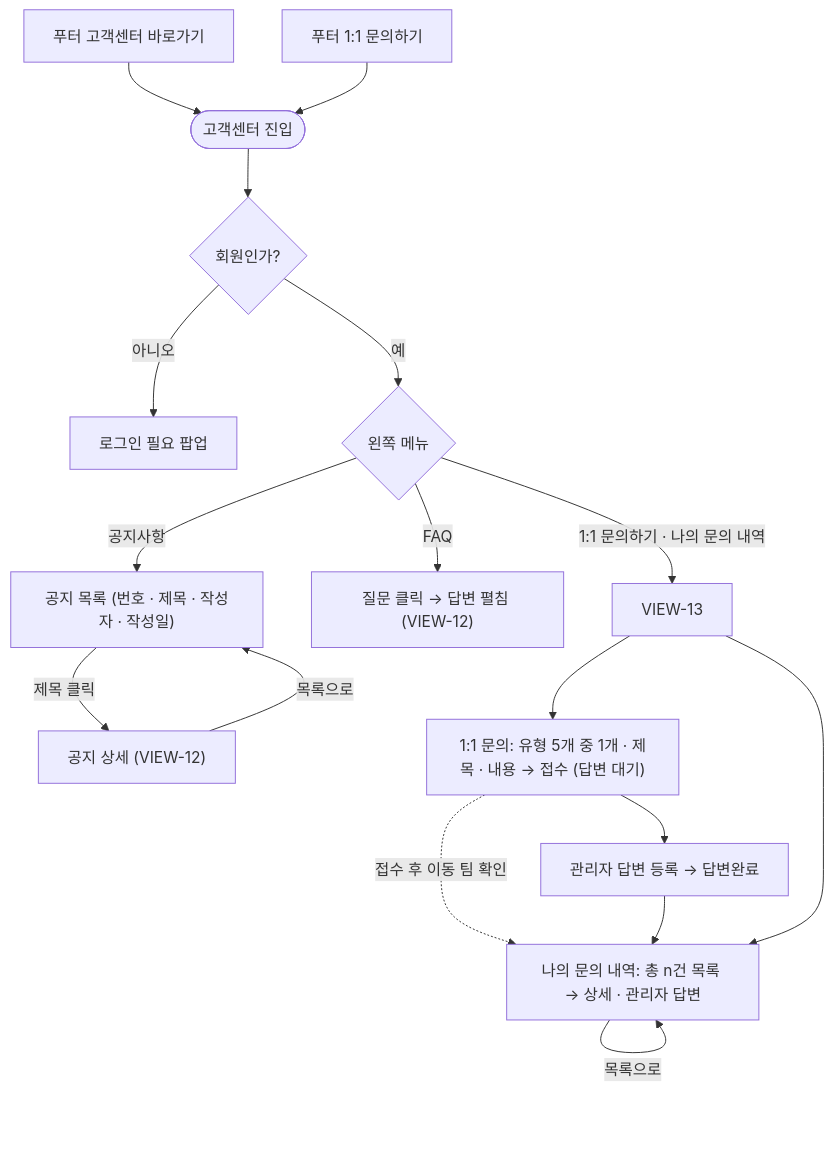
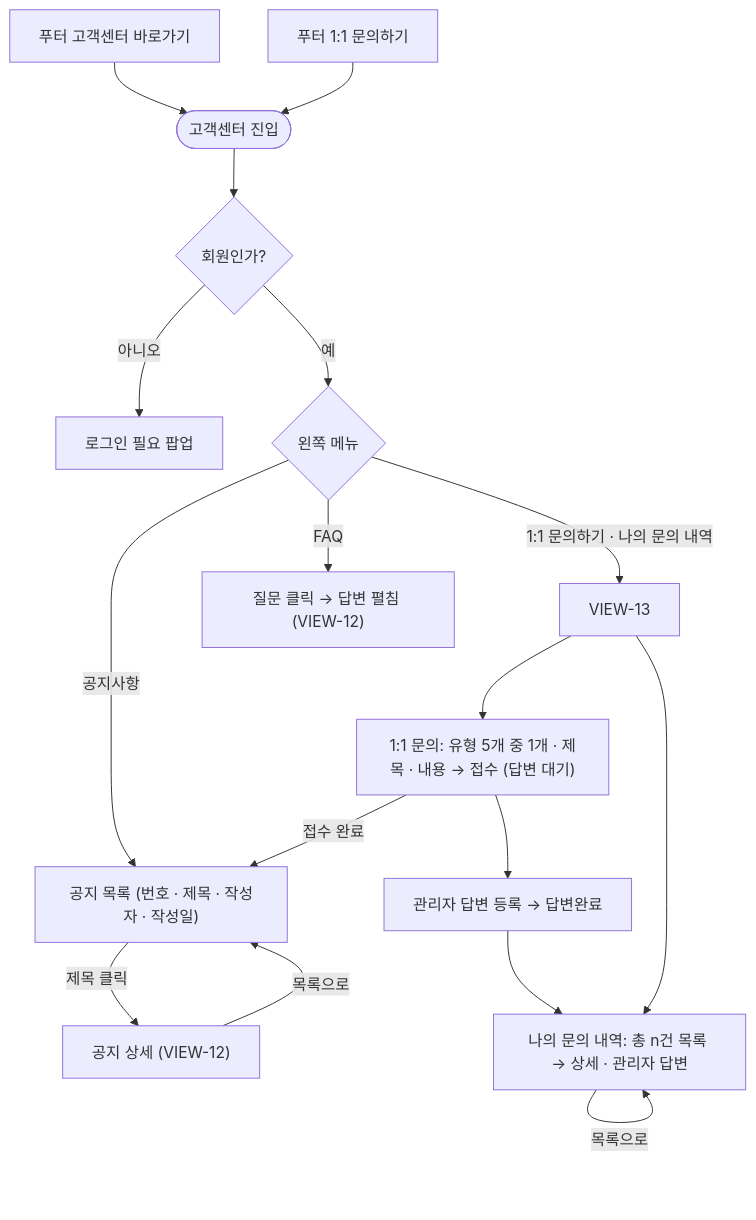
Diagram 11 of 12 in docs/FLOWCHART.md (team-ap-cert-sniper/cert-sniper), drawn with Mermaid before and after one commit. The commit also changed other lines of this file and 27 other files, not shown here.

````diff
--- a/docs/FLOWCHART.md
+++ b/docs/FLOWCHART.md
@@ -382,19 +392,19 @@
 ```mermaid
 flowchart TD
   FT1["푸터 고객센터 바로가기"] --> A(["고객센터 진입"])
   FT2["푸터 1:1 문의하기"] --> A
   A --> LG{"회원인가?"}
   LG -->|아니오| P["로그인 필요 팝업"]
   LG -->|예| M{"왼쪽 메뉴"}
   M -->|공지사항| N["공지 목록 (번호 · 제목 · 작성자 · 작성일)"]
   N -->|제목 클릭| ND["공지 상세 (VIEW-12)"]
   ND -->|목록으로| N
   M -->|FAQ| F["질문 클릭 → 답변 펼침 (VIEW-12)"]
   M -->|1:1 문의하기 · 나의 문의 내역| V13["VIEW-13"]
   V13 --> Q["1:1 문의: 유형 5개 중 1개 · 제목 · 내용 → 접수 (답변 대기)"]
-  Q -.->|접수 후 이동 팀 확인| H
+  Q -->|접수 완료| N
   V13 --> H["나의 문의 내역: 총 n건 목록 → 상세 · 관리자 답변"]
   H -->|목록으로| H
   Q --> ADM["관리자 답변 등록 → 답변완료"]
   ADM --> H
 ```
````
